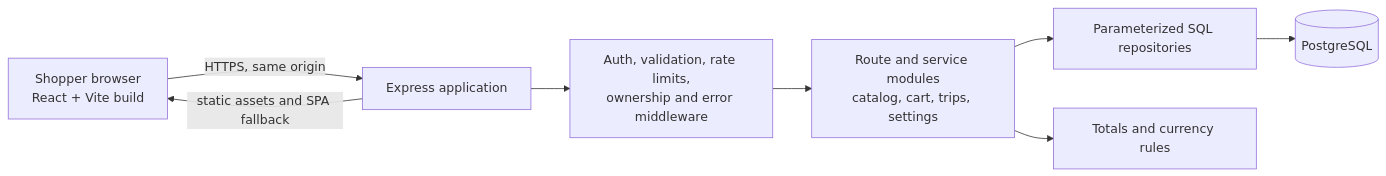
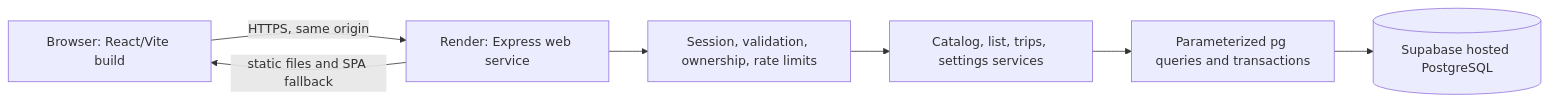
One commit to EJhayGit/CartCheck changed the first of 2 diagrams in docs/architecture/SYSTEM_DESIGN.md. Above: the diagram before and after it, drawn with Mermaid. The commit also changed other lines of this file and 87 other files, not shown here.

````diff
--- a/docs/architecture/SYSTEM_DESIGN.md
+++ b/docs/architecture/SYSTEM_DESIGN.md
@@ -13,10 +13,9 @@
 ```mermaid
 flowchart LR
-    B[Shopper browser<br/>React + Vite build] -->|HTTPS, same origin| E[Express application]
-    E -->|static assets and SPA fallback| B
-    E --> M[Auth, validation, rate limits,<br/>ownership and error middleware]
-    M --> R[Route and service modules<br/>catalog, cart, trips, settings]
-    R --> Q[Parameterized SQL repositories]
-    Q --> P[(PostgreSQL)]
-    R --> C[Totals and currency rules]
+    B[Browser: React/Vite build] -->|HTTPS, same origin| E[Render: Express web service]
+    E -->|static files and SPA fallback| B
+    E --> A[Session, validation, ownership, rate limits]
+    A --> S[Catalog, list, trips, settings services]
+    S --> Q[Parameterized pg queries and transactions]
+    Q --> P[(Supabase hosted PostgreSQL)]
 ```
````
